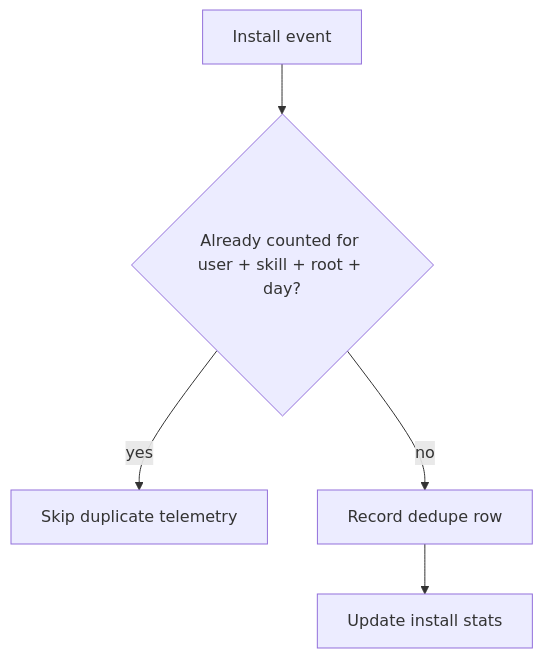
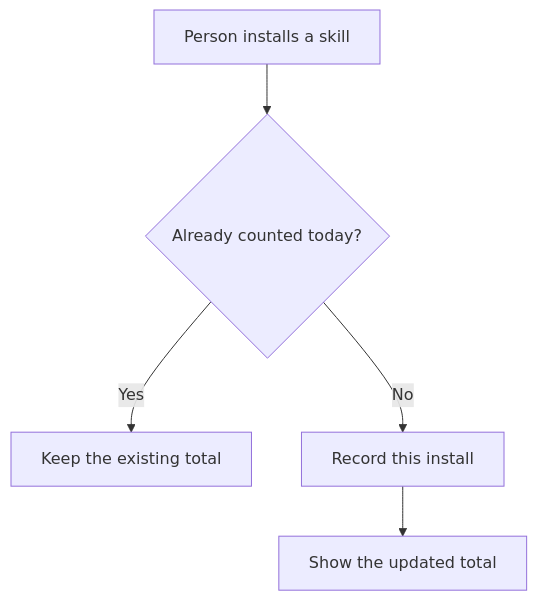
One commit to jesse-merhi/skills changed the diagram in skills/pr-proof-pack/references/mermaid.md. Above: the diagram before and after it, drawn with Mermaid. The commit also changed other lines of this file and 8 other files, not shown here.

````diff
--- a/skills/pr-proof-pack/references/mermaid.md
+++ b/skills/pr-proof-pack/references/mermaid.md
@@ -35,7 +48,7 @@
 ```mermaid
 flowchart TD
-  A[Install event] --> B{Already counted for user + skill + root + day?}
-  B -- yes --> C[Skip duplicate telemetry]
-  B -- no --> D[Record dedupe row]
-  D --> E[Update install stats]
+  A[Person installs a skill] --> B{Already counted today?}
+  B -- Yes --> C[Keep the existing total]
+  B -- No --> D[Record this install]
+  D --> E[Show the updated total]
 ```
````
